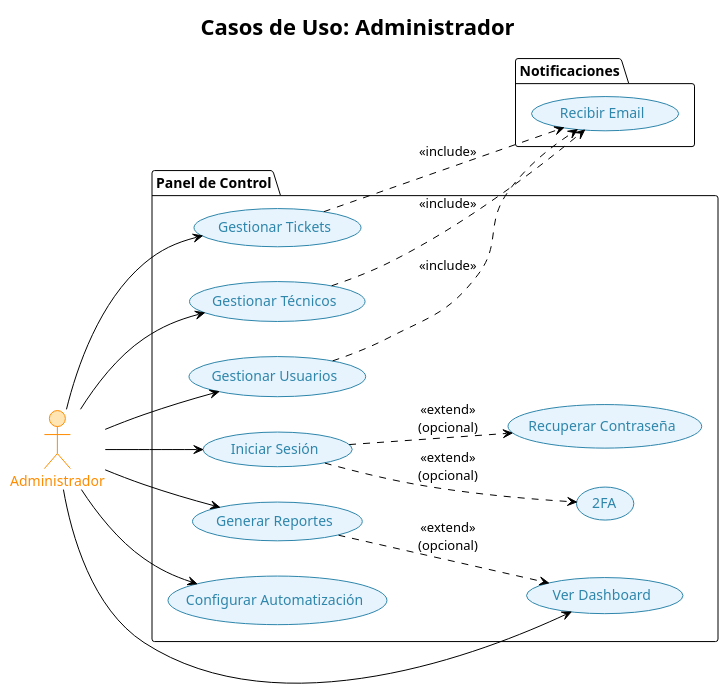
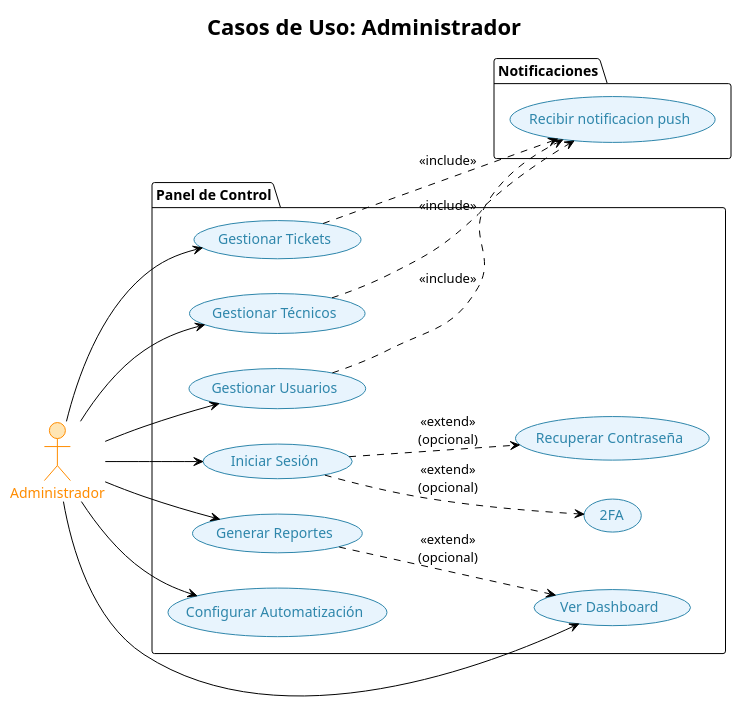
One commit to Samuelpaloma/alcaldia changed the diagram in architecture/use_case/Administrador_use_case.wsd. Above: the diagram before and after it, drawn with PlantUML. The commit also changed 6 other files, not shown here.

Commit message:
fix(diagrams): correct incorrect flow in activity diagram

```diff
--- a/architecture/use_case/Administrador_use_case.wsd
+++ b/architecture/use_case/Administrador_use_case.wsd
@@ -1,56 +1,56 @@
 @startuml
 !theme plain
 skinparam backgroundColor #FFFFFF
 skinparam usecase {
   BackgroundColor #E8F4FD
   BorderColor #2E86AB
   FontColor #2E86AB
 }
 skinparam actor {
   BackgroundColor #FFE5B4
   BorderColor #FF8C00
   FontColor #FF8C00
 }
 
 title Casos de Uso: Administrador
 
 left to right direction
 
 actor "Administrador" as A
 
 package "Panel de Control" {
   usecase "Iniciar Sesión" as Login
   usecase "Ver Dashboard" as Dashboard
   usecase "Gestionar Tickets" as Tickets
   usecase "Gestionar Técnicos" as Tecnicos
   usecase "Gestionar Usuarios" as Usuarios
   usecase "Generar Reportes" as Reportes
   usecase "Configurar Automatización" as Automatizacion
   usecase "2FA" as 2FA
   usecase "Recuperar Contraseña" as Recuperar
 }
 
 package "Notificaciones" {
-  usecase "Recibir Email" as Email
+  usecase "Recibir notificacion push" as Email
 }
 
 ' === Relaciones ===
 A --> Login
 A --> Dashboard
 A --> Tickets
 A --> Tecnicos
 A --> Usuarios
 A --> Reportes
 A --> Automatizacion
 
 ' === Include ===
 Tickets ..> Email : "<<include>>"
 Tecnicos ..> Email : "<<include>>"
 Usuarios ..> Email : "<<include>>"
 
 ' === Extend ===
 Login ..> 2FA : "<<extend>>\n(opcional)"
 Login ..> Recuperar : "<<extend>>\n(opcional)"
 Reportes ..> Dashboard : "<<extend>>\n(opcional)"
 
 @enduml
```
